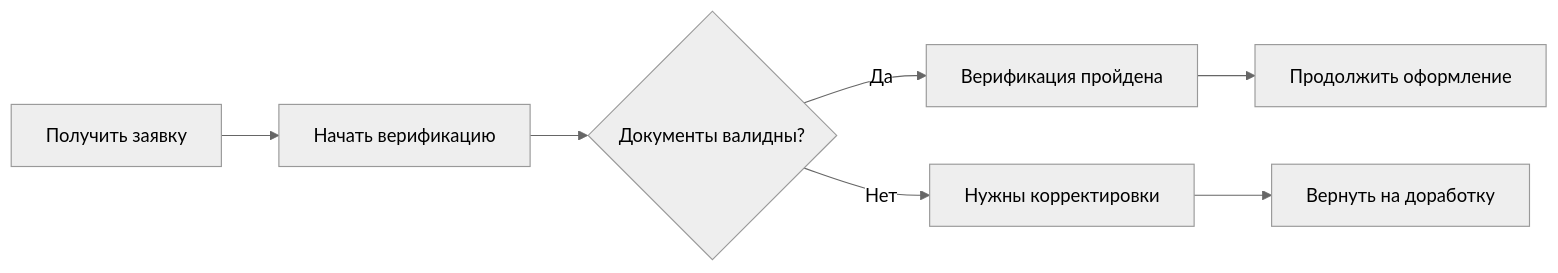
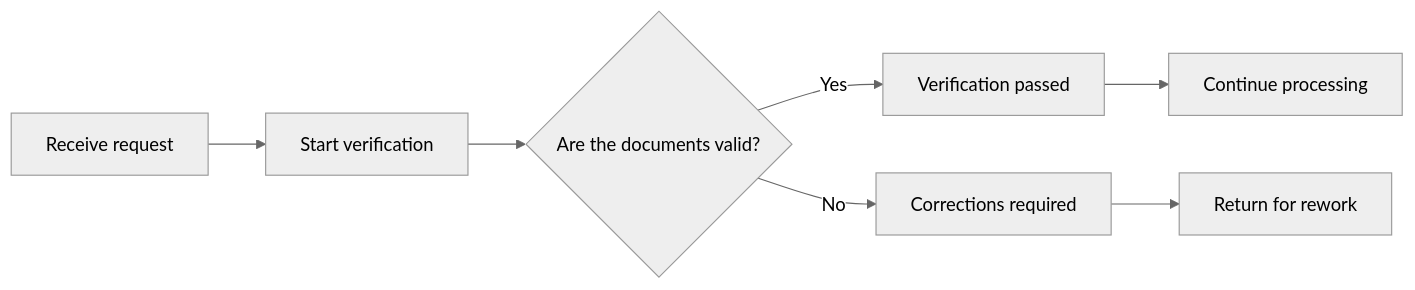
One commit to bnku/mdmm changed the first of 2 diagrams in examples/dist/docs/fragment-include.md. Above: the diagram before and after it, drawn with Mermaid (neutral theme). The commit also changed other lines of this file and 20 other files, not shown here.

First line of the commit message:
refactor(core): rename whole-diagram to diagram terminology

````diff
--- a/examples/dist/docs/fragment-include.md
+++ b/examples/dist/docs/fragment-include.md
@@ -5,10 +5,10 @@
 ```mermaid
 flowchart LR
-Start[Получить заявку] --> kyc__entry
-kyc__entry[Начать верификацию]
-kyc__entry --> kyc__check{Документы валидны?}
-kyc__check -- Да --> kyc__success[Верификация пройдена]
-kyc__check -- Нет --> kyc__fail[Нужны корректировки]
-kyc__success --> Offer[Продолжить оформление]
-kyc__fail --> Rework[Вернуть на доработку]
+Start[Receive request] --> kyc__entry
+kyc__entry[Start verification]
+kyc__entry --> kyc__check{Are the documents valid?}
+kyc__check -- Yes --> kyc__success[Verification passed]
+kyc__check -- No --> kyc__fail[Corrections required]
+kyc__success --> Offer[Continue processing]
+kyc__fail --> Rework[Return for rework]
 ```
````
